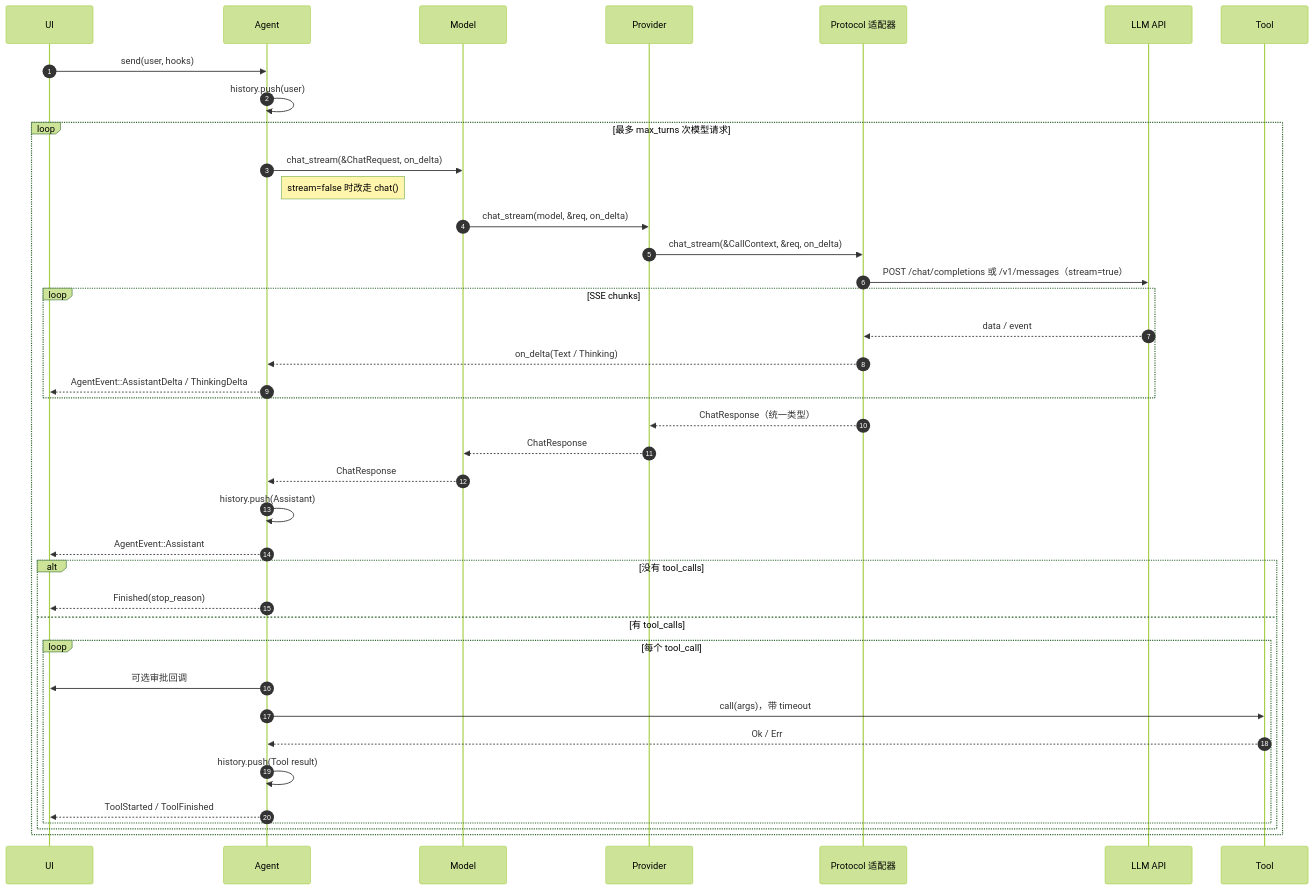
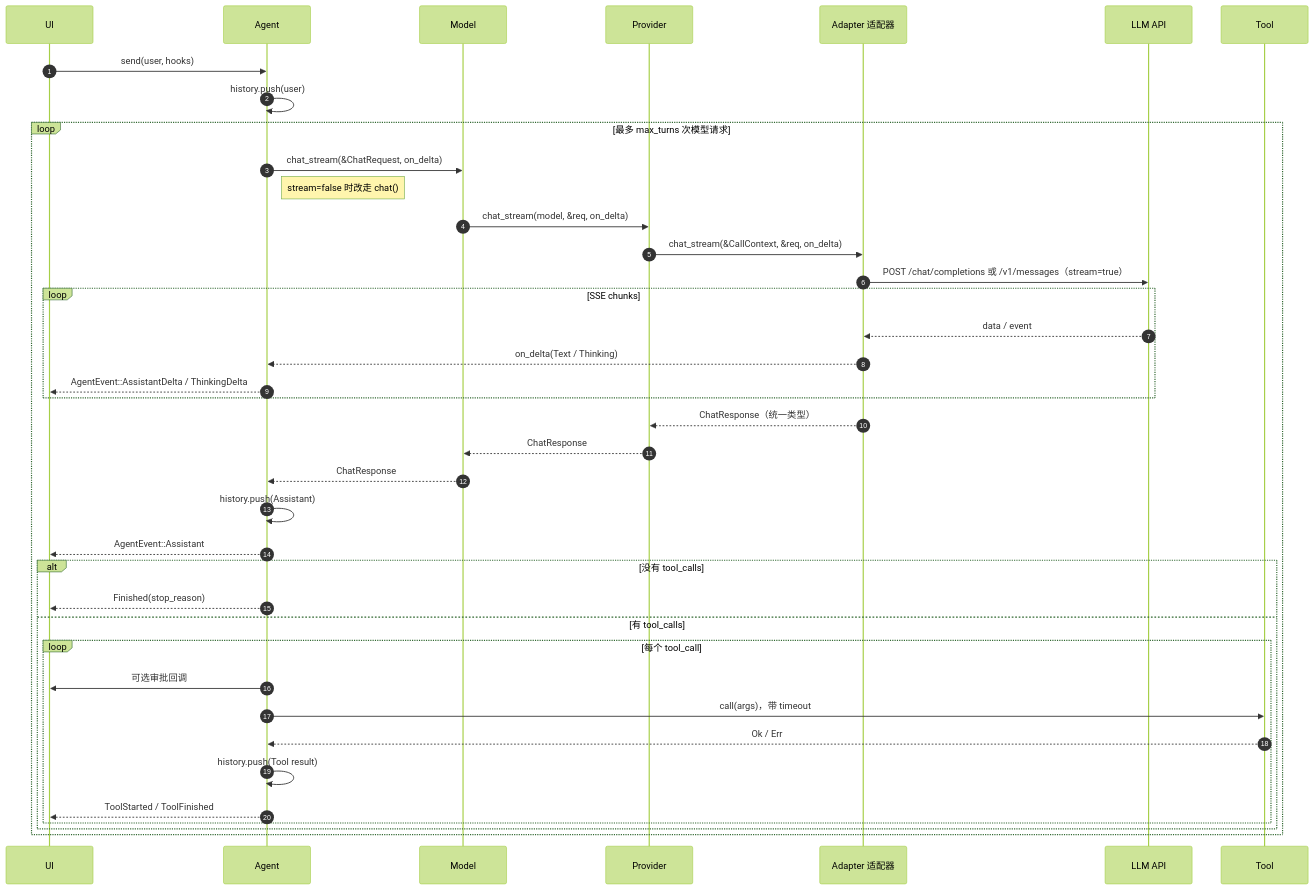
Before and after one commit to jie7410/kunpeng: the second of 2 diagrams in docs/ARCHITECTURE.md, drawn with Mermaid (forest theme). The commit also changed other lines of this file and 75 other files, not shown here.

````diff
--- a/docs/ARCHITECTURE.md
+++ b/docs/ARCHITECTURE.md
@@ -95,45 +145,45 @@
 ```mermaid
 sequenceDiagram
     autonumber
     participant UI
     participant A as Agent
     participant M as Model
     participant P as Provider
-    participant AD as Protocol 适配器
+    participant AD as Adapter 适配器
     participant API as LLM API
     participant T as Tool
 
     UI->>A: send(user, hooks)
     A->>A: history.push(user)
 
     loop 最多 max_turns 次模型请求
         A->>M: chat_stream(&ChatRequest, on_delta)
         Note right of A: stream=false 时改走 chat()
         M->>P: chat_stream(model, &req, on_delta)
         P->>AD: chat_stream(&CallContext, &req, on_delta)
         AD->>API: POST /chat/completions 或 /v1/messages（stream=true）
         loop SSE chunks
             API-->>AD: data / event
             AD-->>A: on_delta(Text / Thinking)
             A-->>UI: AgentEvent::AssistantDelta / ThinkingDelta
         end
         AD-->>P: ChatResponse（统一类型）
         P-->>M: ChatResponse
         M-->>A: ChatResponse
 
         A->>A: history.push(Assistant)
         A-->>UI: AgentEvent::Assistant
 
         alt 没有 tool_calls
             A-->>UI: Finished(stop_reason)
         else 有 tool_calls
             loop 每个 tool_call
                 A->>UI: 可选审批回调
                 A->>T: call(args)，带 timeout
                 T-->>A: Ok / Err
                 A->>A: history.push(Tool result)
                 A-->>UI: ToolStarted / ToolFinished
             end
         end
     end
 ```
````
